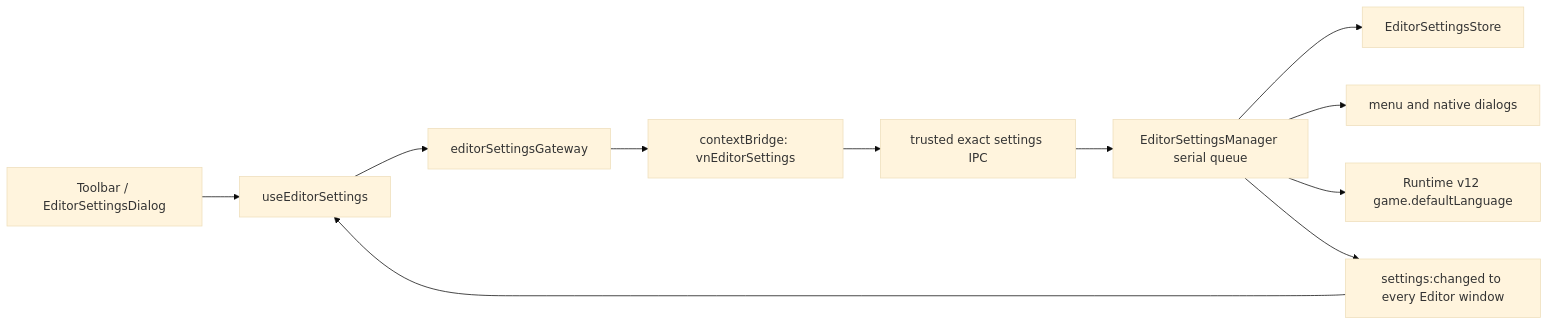
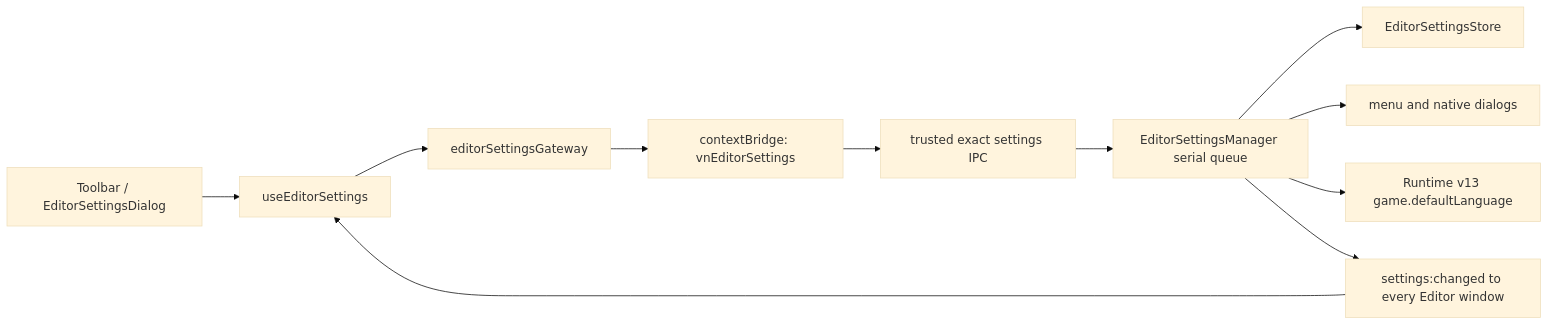
Before and after one commit to DarkboyRyan/Scratch-Novel-Engine: the diagram in docs/editor-localization-implementation.md, drawn with Mermaid (base theme). The commit also changed other lines of this file and 166 other files, not shown here.

````diff
--- a/docs/editor-localization-implementation.md
+++ b/docs/editor-localization-implementation.md
@@ -63,13 +65,13 @@
 ```mermaid
 flowchart LR
   DIALOG["Toolbar / EditorSettingsDialog"] --> HOOK["useEditorSettings"]
   HOOK --> GATEWAY["editorSettingsGateway"]
   GATEWAY --> PRELOAD["contextBridge: vnEditorSettings"]
   PRELOAD --> IPC["trusted exact settings IPC"]
   IPC --> MANAGER["EditorSettingsManager serial queue"]
   MANAGER --> STORE["EditorSettingsStore"]
   MANAGER --> NATIVE["menu and native dialogs"]
-  MANAGER --> EXPORT["Runtime v12 game.defaultLanguage"]
+  MANAGER --> EXPORT["Runtime v13 game.defaultLanguage"]
   MANAGER --> BROADCAST["settings:changed to every Editor window"]
   BROADCAST --> HOOK
 ```
````
